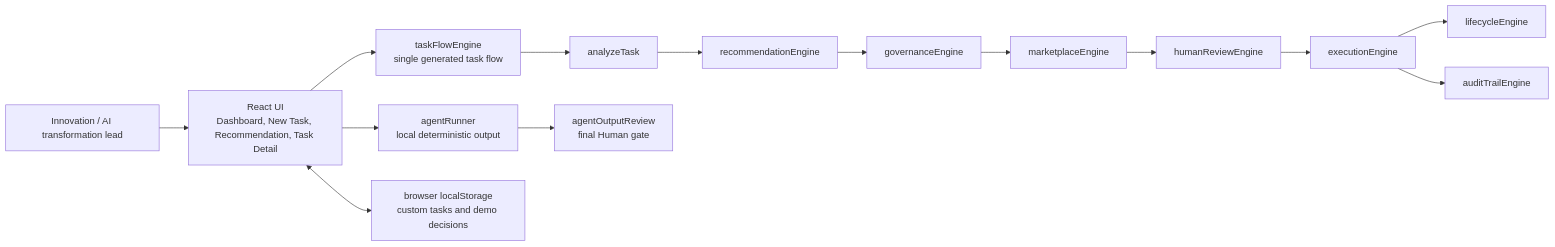
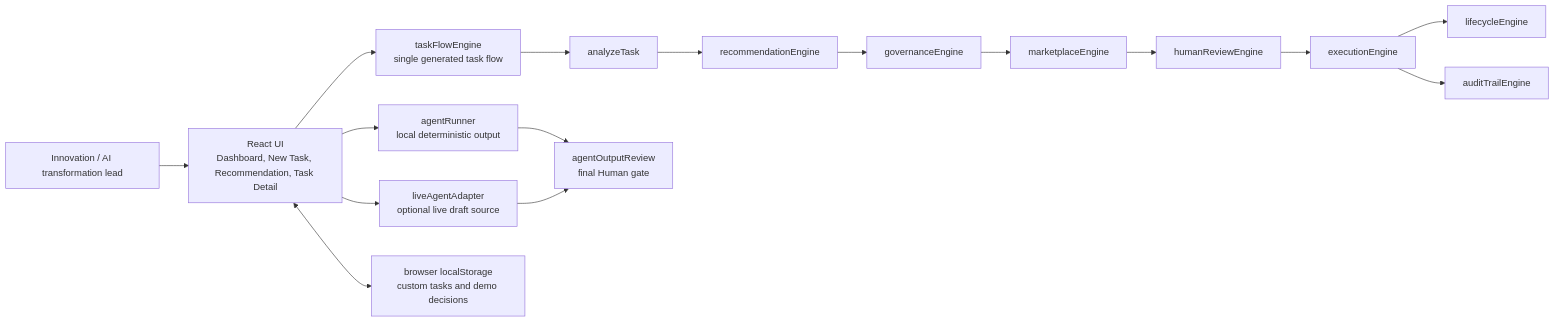
One commit to PGMDes/AABW_2026 changed the diagram in README.md. Above: the diagram before and after it, drawn with Mermaid. The commit also changed other lines of this file and 13 other files, not shown here.

Commit message:
Phase 19B: add optional live AI draft adapter

````diff
--- a/README.md
+++ b/README.md
@@ -71,31 +75,34 @@
 ```mermaid
 flowchart LR
   User["Innovation / AI transformation lead"]
   UI["React UI\nDashboard, New Task, Recommendation, Task Detail"]
   Flow["taskFlowEngine\nsingle generated task flow"]
   Analyze["analyzeTask"]
   Recommend["recommendationEngine"]
   Govern["governanceEngine"]
   Market["marketplaceEngine"]
   Review["humanReviewEngine"]
   Execute["executionEngine"]
   Lifecycle["lifecycleEngine"]
   Audit["auditTrailEngine"]
   Runner["agentRunner\nlocal deterministic output"]
+  LiveAdapter["liveAgentAdapter\noptional live draft source"]
   OutputReview["agentOutputReview\nfinal Human gate"]
   Storage["browser localStorage\ncustom tasks and demo decisions"]
 
   User --> UI
   UI --> Flow
   Flow --> Analyze
   Analyze --> Recommend
   Recommend --> Govern
   Govern --> Market
   Market --> Review
   Review --> Execute
   Execute --> Lifecycle
   Execute --> Audit
   UI --> Runner
+  UI --> LiveAdapter
   Runner --> OutputReview
+  LiveAdapter --> OutputReview
   UI <--> Storage
 ```
````
